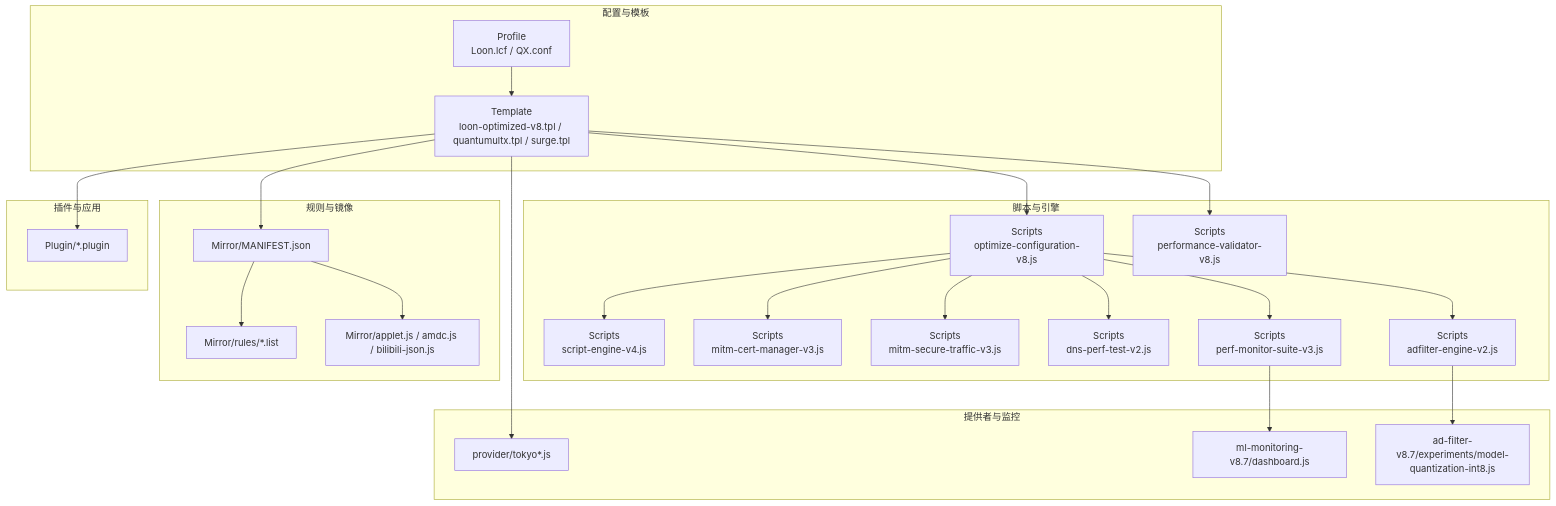
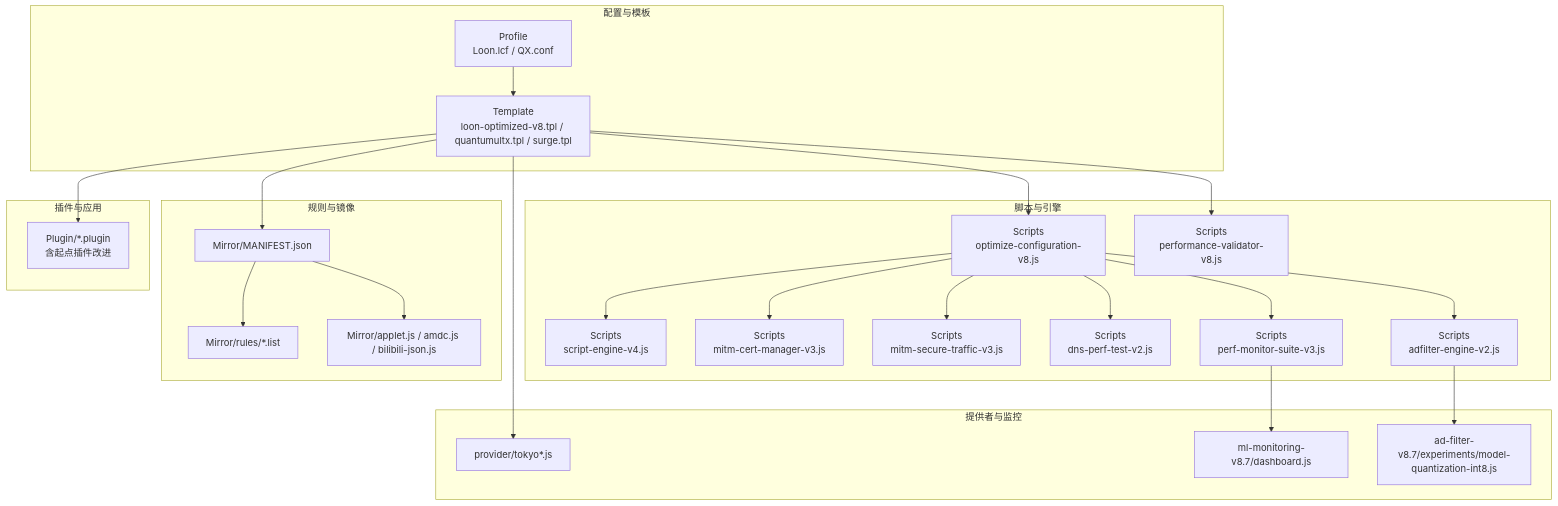
Before and after one commit to 3kaiu/config: the first of 8 diagrams in .qoder/repowiki/zh/content/项目概览/v8.x版本文档.md, drawn with Mermaid. The commit also changed other lines of this file and 179 other files, not shown here.

````diff
--- a/.qoder/repowiki/zh/content/项目概览/v8.x版本文档.md
+++ b/.qoder/repowiki/zh/content/项目概览/v8.x版本文档.md
@@ -79,46 +89,46 @@
 ```mermaid
 graph TB
 subgraph "配置与模板"
 P["Profile<br/>Loon.lcf / QX.conf"]
 T["Template<br/>loon-optimized-v8.tpl / quantumultx.tpl / surge.tpl"]
 end
 subgraph "脚本与引擎"
 S1["Scripts<br/>optimize-configuration-v8.js"]
 S2["Scripts<br/>performance-validator-v8.js"]
 S3["Scripts<br/>script-engine-v4.js"]
 S4["Scripts<br/>mitm-cert-manager-v3.js"]
 S5["Scripts<br/>mitm-secure-traffic-v3.js"]
 S6["Scripts<br/>dns-perf-test-v2.js"]
 S7["Scripts<br/>perf-monitor-suite-v3.js"]
 S8["Scripts<br/>adfilter-engine-v2.js"]
 end
 subgraph "规则与镜像"
 M1["Mirror/MANIFEST.json"]
 R1["Mirror/rules/*.list"]
 J1["Mirror/applet.js / amdc.js / bilibili-json.js"]
 end
 subgraph "插件与应用"
-PL1["Plugin/*.plugin"]
+PL1["Plugin/*.plugin<br/>含起点插件改进"]
 end
 subgraph "提供者与监控"
 PR1["provider/tokyo*.js"]
 ML1["ml-monitoring-v8.7/dashboard.js"]
 EXP1["ad-filter-v8.7/experiments/model-quantization-int8.js"]
 end
 P --> T
 T --> S1
 T --> S2
 S1 --> S3
 S1 --> S4
 S1 --> S5
 S1 --> S6
 S1 --> S7
 S1 --> S8
 T --> M1
 M1 --> R1
 M1 --> J1
 T --> PL1
 T --> PR1
 S7 --> ML1
 S8 --> EXP1
 ```
````
